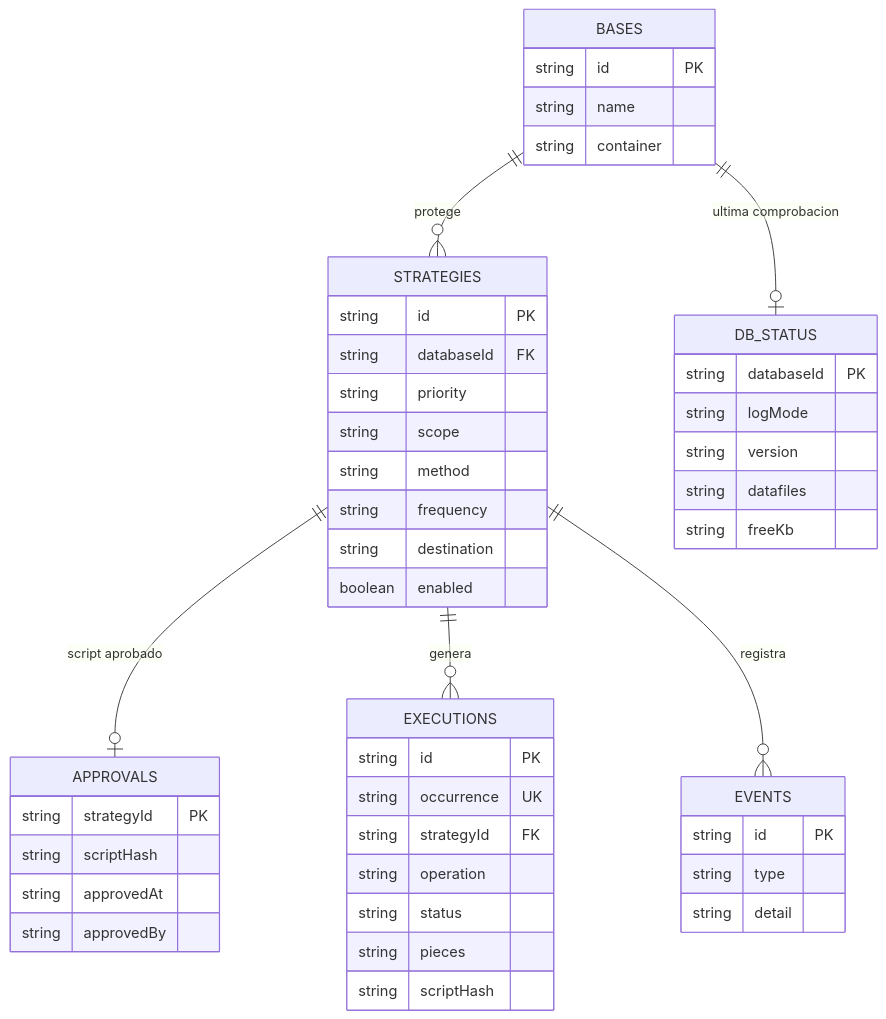
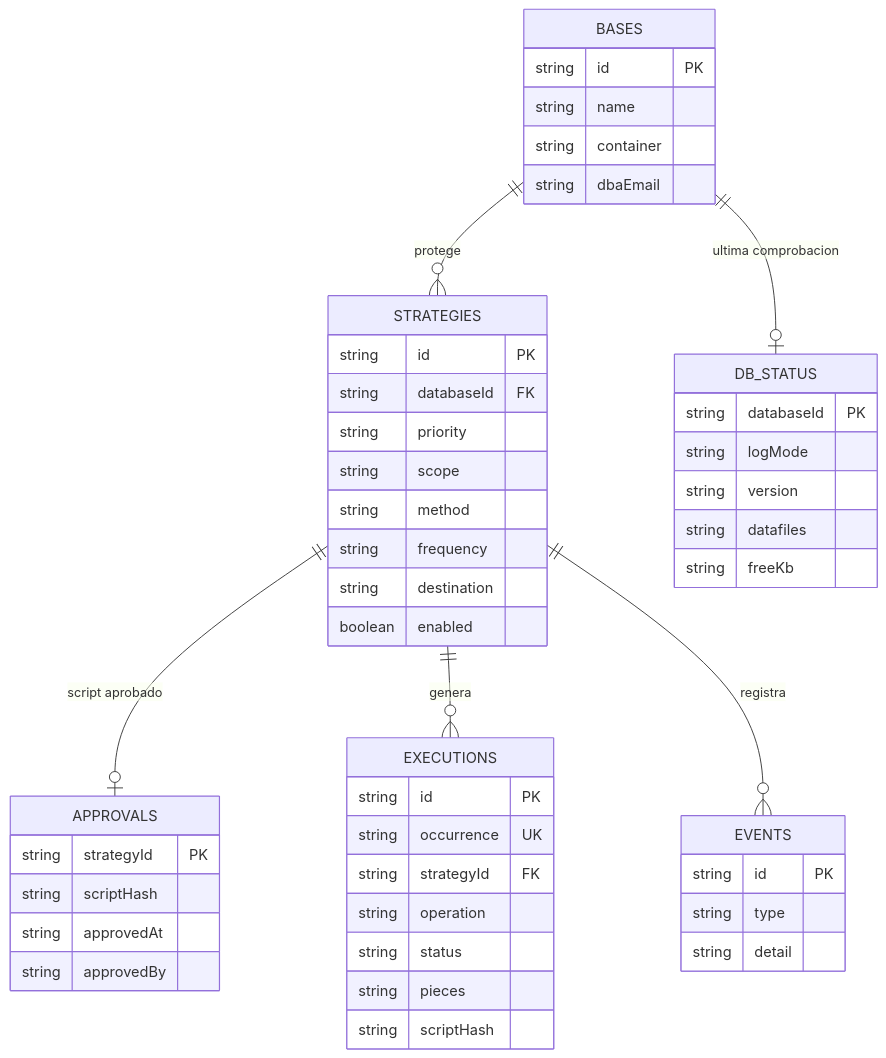
The third of 4 diagrams in docs/analisis-y-diseno.md (Adrian123CRff/Redolog), drawn with Mermaid before and after one commit. The commit also changed other lines of this file and 1 other file, not shown here.

````diff
--- a/docs/analisis-y-diseno.md
+++ b/docs/analisis-y-diseno.md
@@ -337,50 +345,51 @@
 ```mermaid
 erDiagram
     BASES ||--o{ STRATEGIES : protege
     BASES ||--o| DB_STATUS : "ultima comprobacion"
     STRATEGIES ||--o| APPROVALS : "script aprobado"
     STRATEGIES ||--o{ EXECUTIONS : genera
     STRATEGIES ||--o{ EVENTS : registra
     BASES {
         string id PK
         string name
         string container
+        string dbaEmail
     }
     STRATEGIES {
         string id PK
         string databaseId FK
         string priority
         string scope
         string method
         string frequency
         string destination
         boolean enabled
     }
     APPROVALS {
         string strategyId PK
         string scriptHash
         string approvedAt
         string approvedBy
     }
     DB_STATUS {
         string databaseId PK
         string logMode
         string version
         string datafiles
         string freeKb
     }
     EXECUTIONS {
         string id PK
         string occurrence UK
         string strategyId FK
         string operation
         string status
         string pieces
         string scriptHash
     }
     EVENTS {
         string id PK
         string type
         string detail
     }
 ```
````
